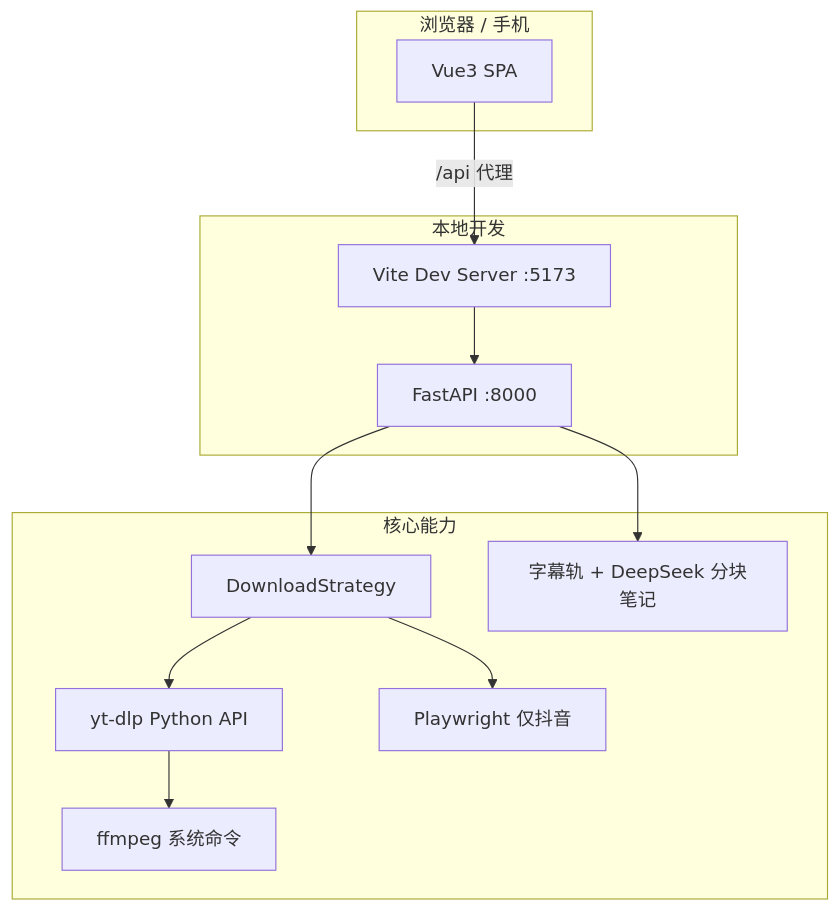
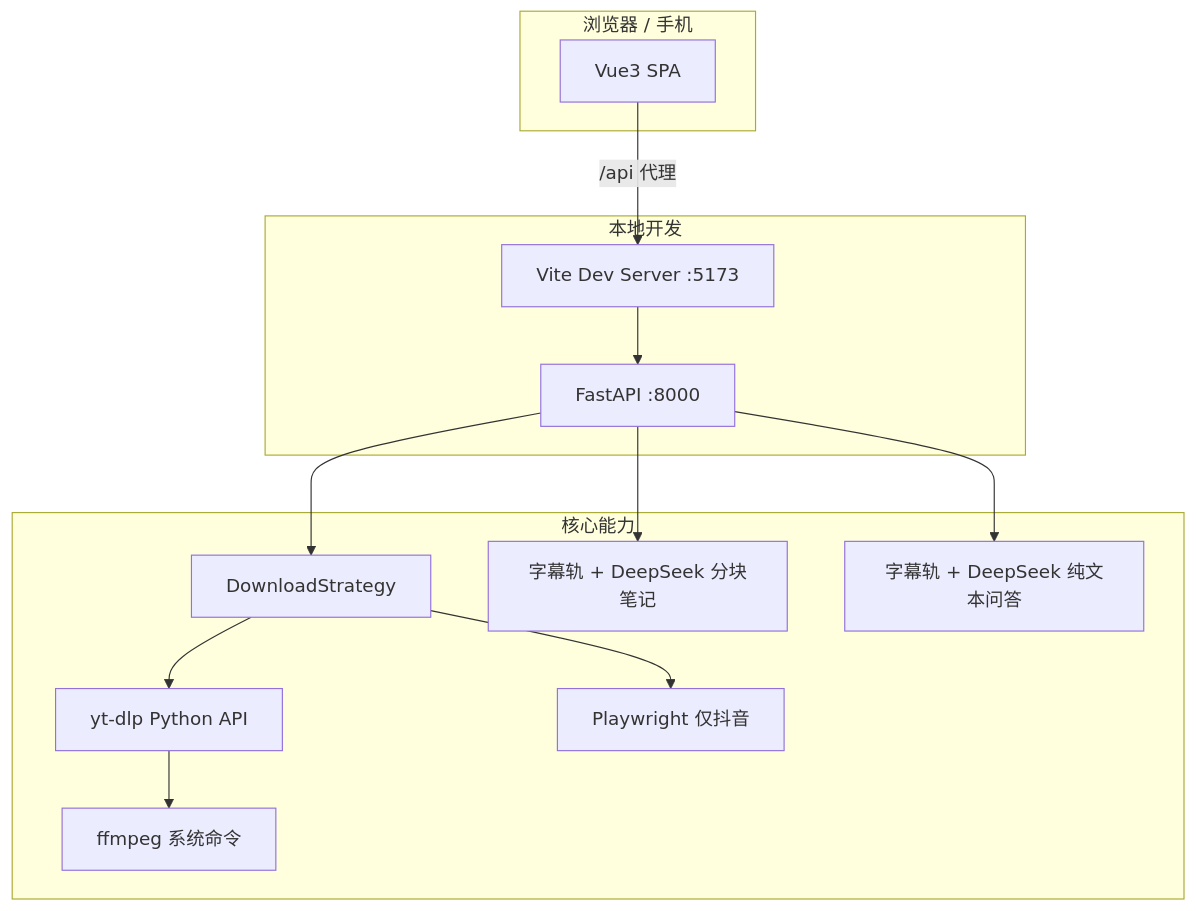
Before and after one commit to janyoshimoto309-oss/vedio-download: the diagram in docs/02-技术方案.md, drawn with Mermaid. The commit also changed other lines of this file and 23 other files, not shown here.

````diff
--- a/docs/02-技术方案.md
+++ b/docs/02-技术方案.md
@@ -7,27 +7,29 @@
 ```mermaid
 flowchart TB
     subgraph Client[浏览器 / 手机]
         SPA[Vue3 SPA]
     end
 
     subgraph Dev[本地开发]
         Vite[Vite Dev Server :5173]
         API[FastAPI :8000]
     end
 
     subgraph Core[核心能力]
         YtDlp[yt-dlp Python API]
         DyBrowser[Playwright 仅抖音]
         FFmpeg[ffmpeg 系统命令]
         Strategy[DownloadStrategy]
         Notes[字幕轨 + DeepSeek 分块笔记]
+        Chat[字幕轨 + DeepSeek 纯文本问答]
     end
 
     SPA -->|/api 代理| Vite
     Vite --> API
     API --> Strategy
     Strategy --> YtDlp
     Strategy --> DyBrowser
     API --> Notes
+    API --> Chat
     YtDlp --> FFmpeg
 ```
````
